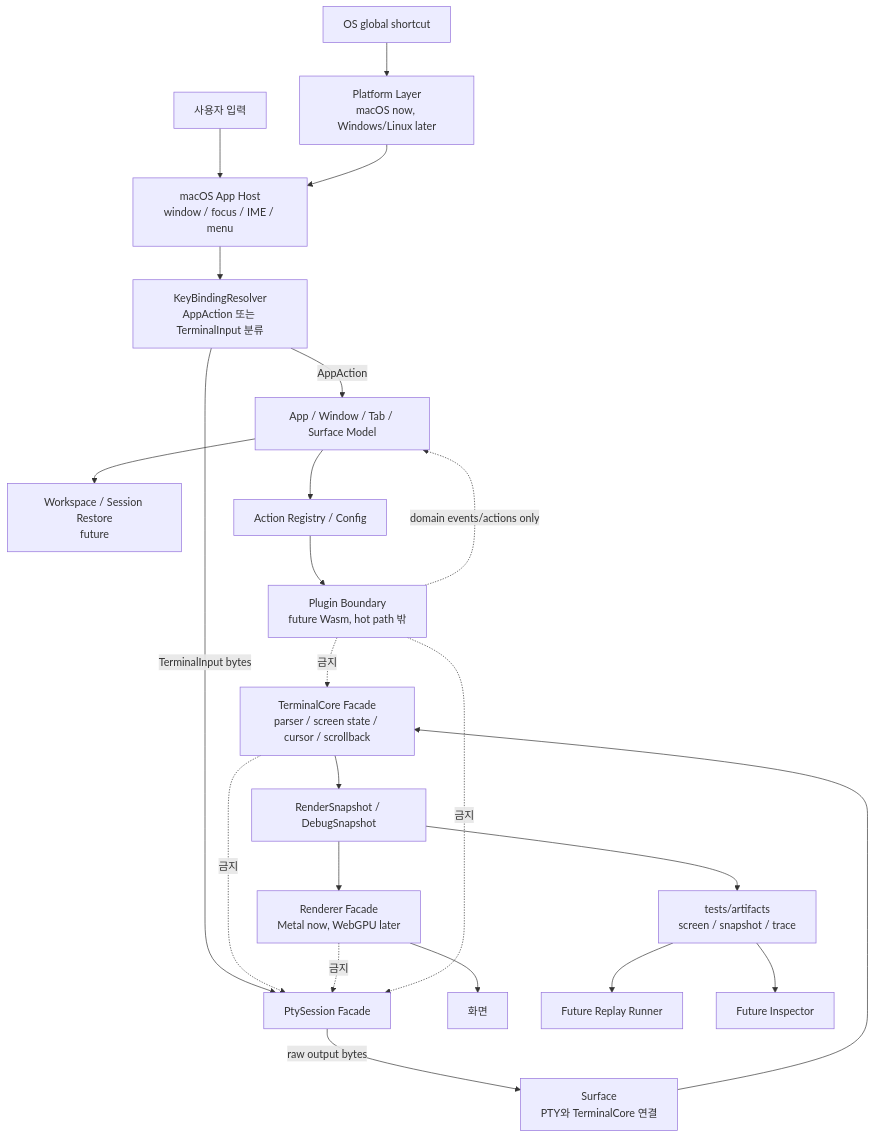
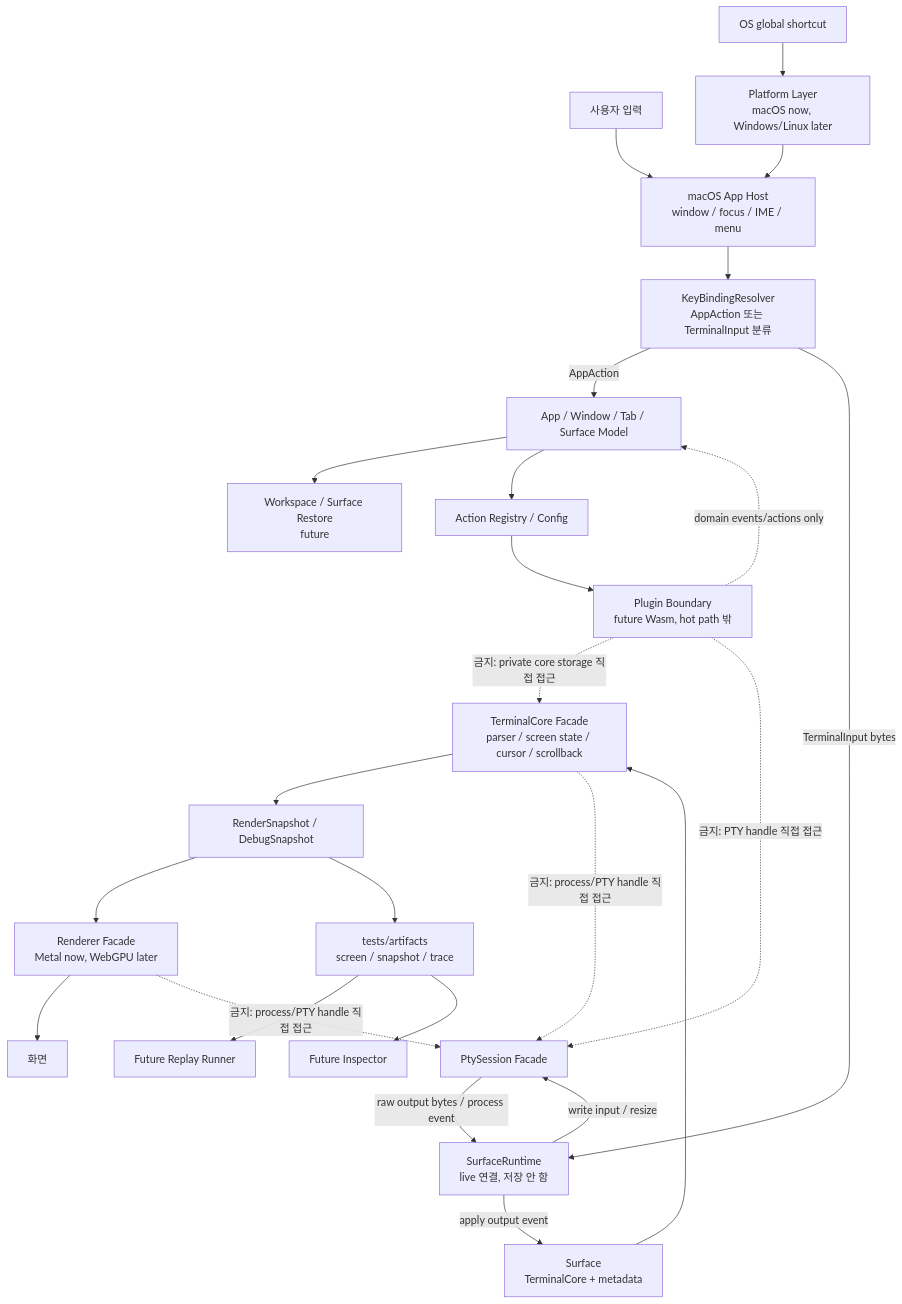
One commit to ohah/maru changed the diagram in docs/architecture.md. Above: the diagram before and after it, drawn with Mermaid. The commit also changed other lines of this file and 16 other files, not shown here.

Commit message:
docs: clarify surface runtime and clean-room rules

````diff
--- a/docs/architecture.md
+++ b/docs/architecture.md
@@ -37,32 +39,34 @@
 ```mermaid
 flowchart TD
     User[사용자 입력] --> AppHost[macOS App Host<br/>window / focus / IME / menu]
     GlobalShortcut[OS global shortcut] --> Platform[Platform Layer<br/>macOS now, Windows/Linux later]
     Platform --> AppHost
 
     AppHost --> Resolver[KeyBindingResolver<br/>AppAction 또는 TerminalInput 분류]
     Resolver -->|AppAction| AppModel[App / Window / Tab / Surface Model]
-    Resolver -->|TerminalInput bytes| PtySession[PtySession Facade]
+    Resolver -->|TerminalInput bytes| SurfaceRuntime[SurfaceRuntime<br/>live 연결, 저장 안 함]
 
-    PtySession -->|raw output bytes| Surface[Surface<br/>PTY와 TerminalCore 연결]
+    SurfaceRuntime -->|write input / resize| PtySession[PtySession Facade]
+    PtySession -->|raw output bytes / process event| SurfaceRuntime
+    SurfaceRuntime -->|apply output event| Surface[Surface<br/>TerminalCore + metadata]
     Surface --> TerminalCore[TerminalCore Facade<br/>parser / screen state / cursor / scrollback]
     TerminalCore --> Snapshot[RenderSnapshot / DebugSnapshot]
 
     Snapshot --> Renderer[Renderer Facade<br/>Metal now, WebGPU later]
     Renderer --> Screen[화면]
 
     Snapshot --> Artifacts[tests/artifacts<br/>screen / snapshot / trace]
     Artifacts --> Replay[Future Replay Runner]
     Artifacts --> Inspector[Future Inspector]
 
-    AppModel --> Workspace[Workspace / Session Restore<br/>future]
+    AppModel --> Workspace[Workspace / Surface Restore<br/>future]
     AppModel --> ActionRegistry[Action Registry / Config]
     ActionRegistry --> PluginBoundary[Plugin Boundary<br/>future Wasm, hot path 밖]
 
     PluginBoundary -.domain events/actions only.-> AppModel
 
-    TerminalCore -.금지.-> PtySession
-    Renderer -.금지.-> PtySession
-    PluginBoundary -.금지.-> TerminalCore
-    PluginBoundary -.금지.-> PtySession
+    TerminalCore -.금지: process/PTY handle 직접 접근.-> PtySession
+    Renderer -.금지: process/PTY handle 직접 접근.-> PtySession
+    PluginBoundary -.금지: private core storage 직접 접근.-> TerminalCore
+    PluginBoundary -.금지: PTY handle 직접 접근.-> PtySession
 ```
````
